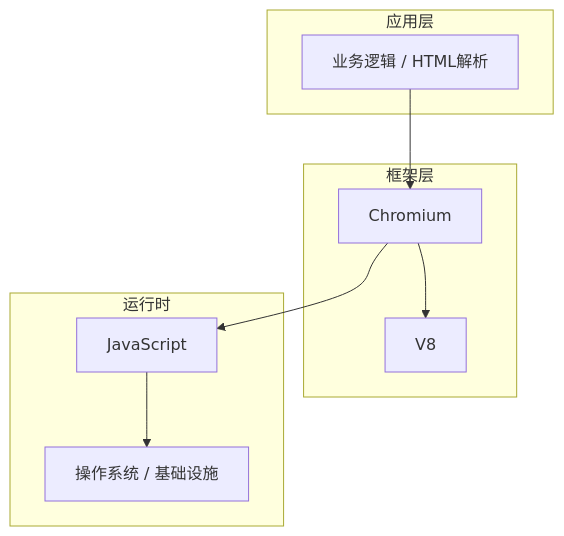
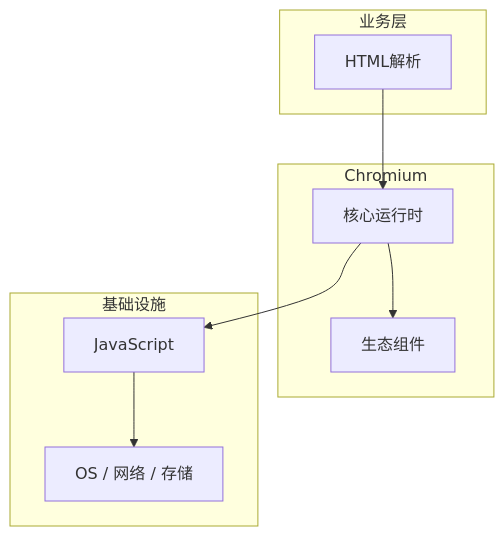
Before and after one commit to yanggan2015/knowledge-json-v2: the diagram in articles/浏览器原理/chapters/013-HTML解析核心概念与原理.md, drawn with Mermaid. The commit also changed other lines of this file and 10127 other files, not shown here.

````diff
--- a/articles/浏览器原理/chapters/013-HTML解析核心概念与原理.md
+++ b/articles/浏览器原理/chapters/013-HTML解析核心概念与原理.md
@@ -45,18 +34,18 @@
 ```mermaid
 graph TB
-    subgraph 应用层
-        A[业务逻辑 / HTML解析]
+    subgraph 业务层
+        A[HTML解析]
     end
-    subgraph 框架层
-        B[Chromium]
-        C[V8]
+    subgraph Chromium
+        B[核心运行时]
+        C[生态组件]
     end
-    subgraph 运行时
+    subgraph 基础设施
         D[JavaScript]
-        E[操作系统 / 基础设施]
+        E[OS / 网络 / 存储]
     end
     A --> B
     B --> C
     B --> D
     D --> E
 ```
````
